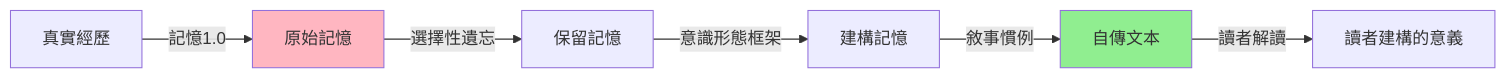
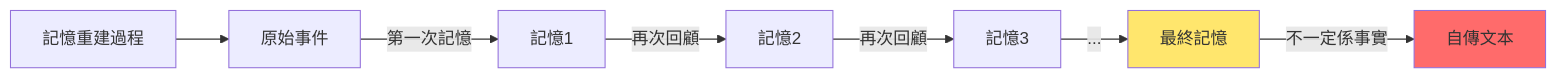
Before and after one commit to yip-lgtm/HKU-Harvard-History-Self-Study: the second of 10 diagrams in 01_HKU_Courses/HIST2070_Stories_of_Self.md, drawn with Mermaid. The commit also changed other lines of this file and 25 other files, not shown here.

````diff
--- a/01_HKU_Courses/HIST2070_Stories_of_Self.md
+++ b/01_HKU_Courses/HIST2070_Stories_of_Self.md
@@ -109,10 +152,11 @@
 ```mermaid
 graph LR
-    A["真實經歷"] -->|"記憶1.0"| B["原始記憶"]
-    B -->|"選擇性遺忘"| C["保留記憶"]
-    C -->|"意識形態框架"| D["建構記憶"]
-    D -->|"敘事慣例"| E["自傳文本"]
-    E -->|"讀者解讀"| F["讀者建構的意義"]
-    style B fill:#FFB6C1
-    style E fill:#90EE90
+    A["記憶重建過程"] --> B["原始事件"]
+    B -->|"第一次記憶"| C["記憶1"]
+    C -->|"再次回顧"| D["記憶2"]
+    D -->|"再次回顧"| E["記憶3"]
+    E -->|"..."| F["最終記憶"]
+    F -->|"不一定係事實"| G["自傳文本"]
+    style F fill:#FFE66D
+    style G fill:#FF6B6B
 ```
````
